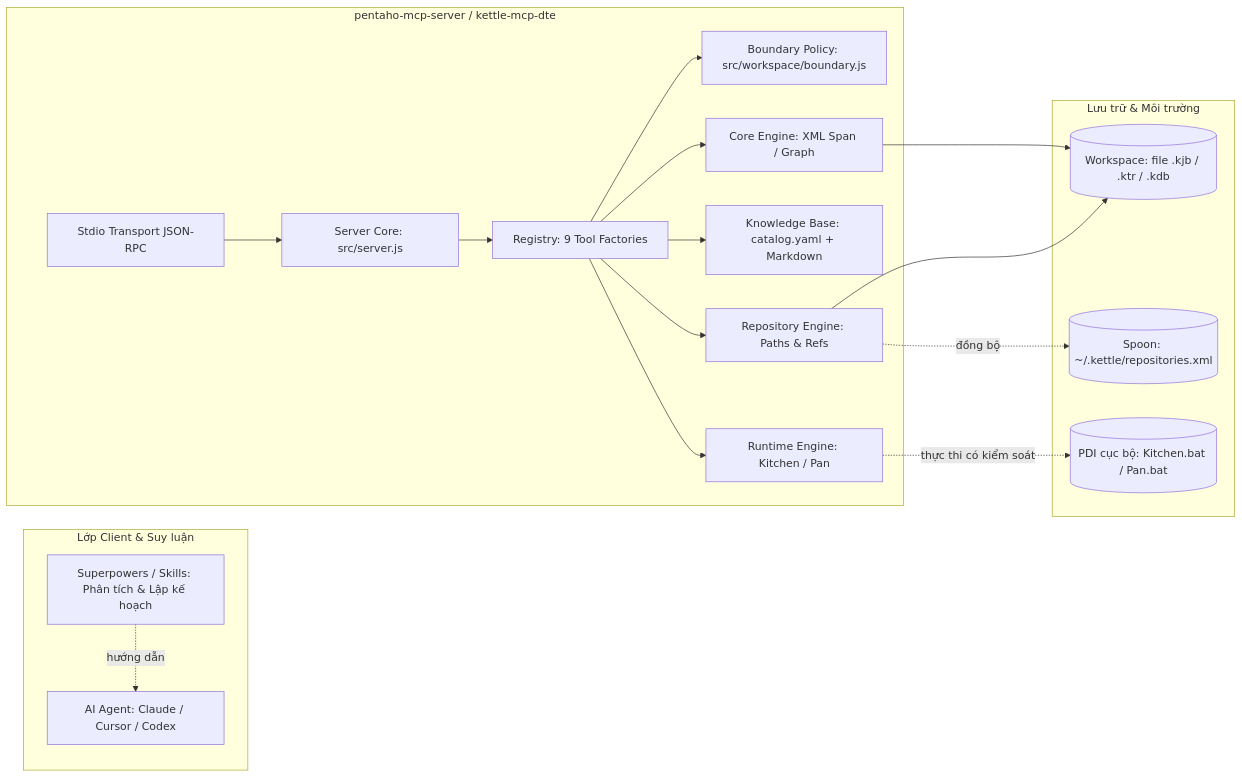
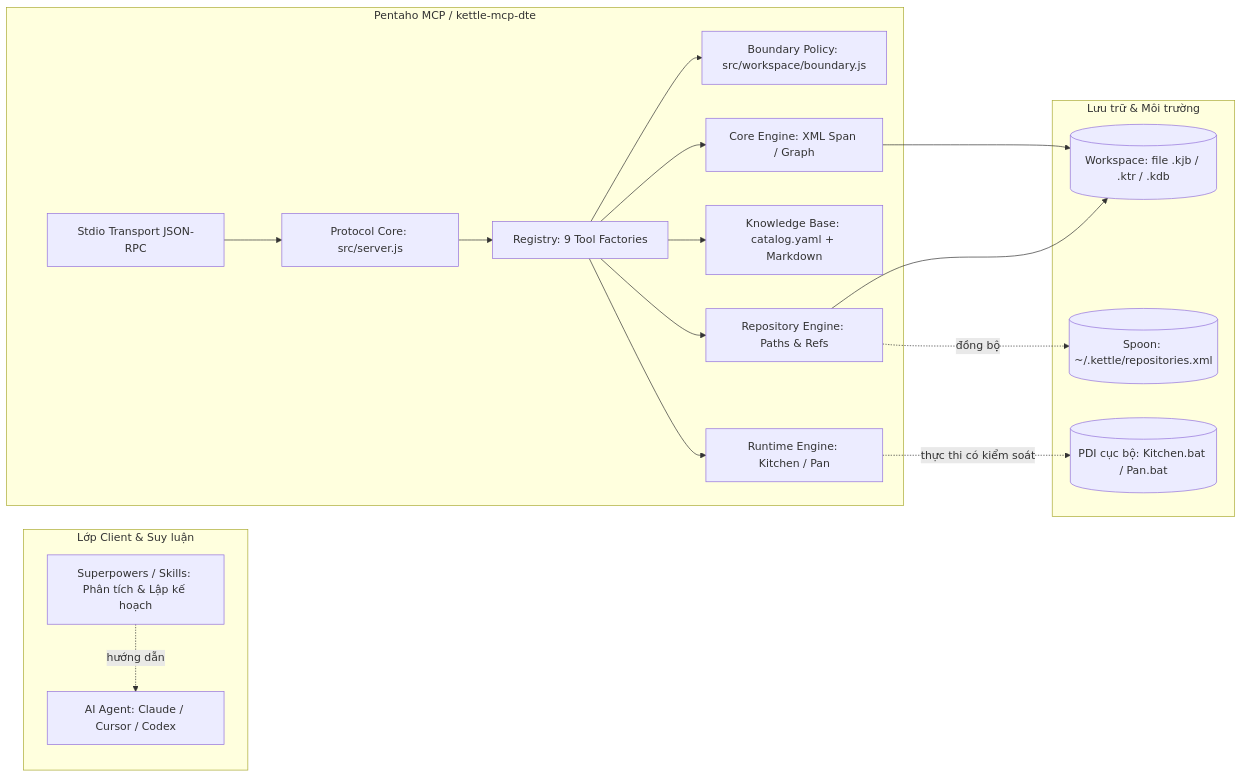
The first of 2 diagrams in README.vi.md (TumRoyall/pentaho-mcp), drawn with Mermaid before and after one commit. The commit also changed other lines of this file and 5 other files, not shown here.

````diff
--- a/README.vi.md
+++ b/README.vi.md
@@ -82,38 +82,38 @@
 ```mermaid
 flowchart LR
     subgraph Client_Layer[Lớp Client & Suy luận]
         AI[AI Agent: Claude / Cursor / Codex]
         SP[Superpowers / Skills: Phân tích & Lập kế hoạch] -. hướng dẫn .-> AI
     end
 
-    subgraph MCP_Server[pentaho-mcp-server / kettle-mcp-dte]
+    subgraph MCP_Layer[Pentaho MCP / kettle-mcp-dte]
         STDIO[Stdio Transport JSON-RPC]
-        SRV[Server Core: src/server.js]
+        SRV[Protocol Core: src/server.js]
         REG[Registry: 9 Tool Factories]
         BND[Boundary Policy: src/workspace/boundary.js]
         
         STDIO --> SRV --> REG
         REG --> BND
         
         CORE[Core Engine: XML Span / Graph]
         KNOW[Knowledge Base: catalog.yaml + Markdown]
         REPO[Repository Engine: Paths & Refs]
         RT[Runtime Engine: Kitchen / Pan]
         
         REG --> CORE
         REG --> KNOW
         REG --> REPO
         REG --> RT
     end
 
     subgraph Storage[Lưu trữ & Môi trường]
         WS[(Workspace: file .kjb / .ktr / .kdb)]
         PDI[(PDI cục bộ: Kitchen.bat / Pan.bat)]
         SPOON[(Spoon: ~/.kettle/repositories.xml)]
     end
 
     CORE --> WS
     REPO --> WS
     REPO -. đồng bộ .-> SPOON
     RT -. thực thi có kiểm soát .-> PDI
 ```
````
